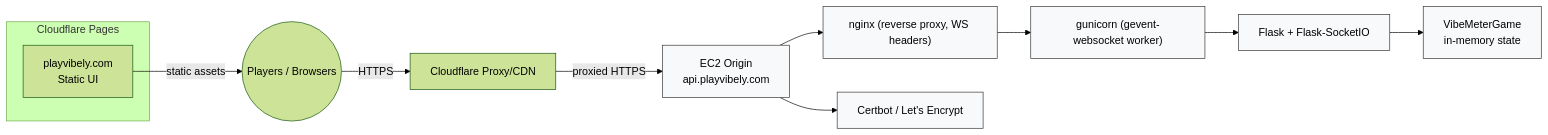
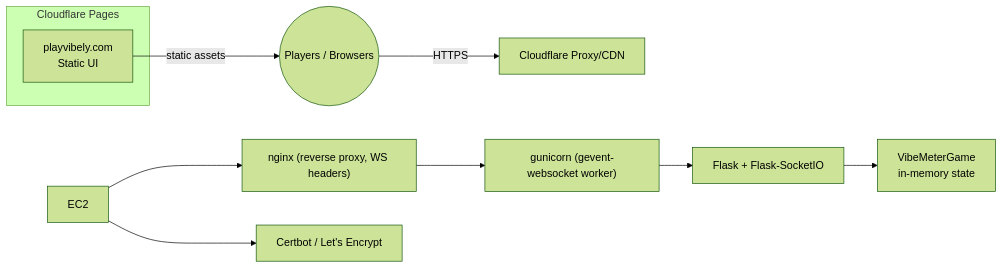
The first of 2 diagrams in README.md (manvocao0271/Realtime-Multiplayer-Vibe-Meter-Game), drawn with Mermaid (forest theme) before and after one commit. The commit also changed other lines of this file, not shown here.

````diff
--- a/README.md
+++ b/README.md
@@ -8,20 +8,17 @@
 ```mermaid
 flowchart LR
         subgraph CFpages[Cloudflare Pages]
                 UI["playvibely.com\nStatic UI"]
         end
 
         Players((Players / Browsers))
         UI -->|static assets| Players
         Players -->|HTTPS| CFproxy[Cloudflare Proxy/CDN]
-        CFproxy -->|proxied HTTPS| EC2["EC2 Origin\napi.playvibely.com"]
 
         EC2 --> Nginx["nginx (reverse proxy, WS headers)"]
         Nginx --> Gunicorn["gunicorn (gevent-websocket worker)"]
         Gunicorn --> Flask["Flask + Flask-SocketIO"]
         Flask --> GameState["VibeMeterGame\nin-memory state"]
         EC2 --> Certbot[Certbot / Let's Encrypt]
 
-        classDef infra fill:#f8f9fa,stroke:#333,stroke-width:1px;
-        class EC2,Nginx,Gunicorn,Flask,GameState,Certbot infra;
 ```
````
